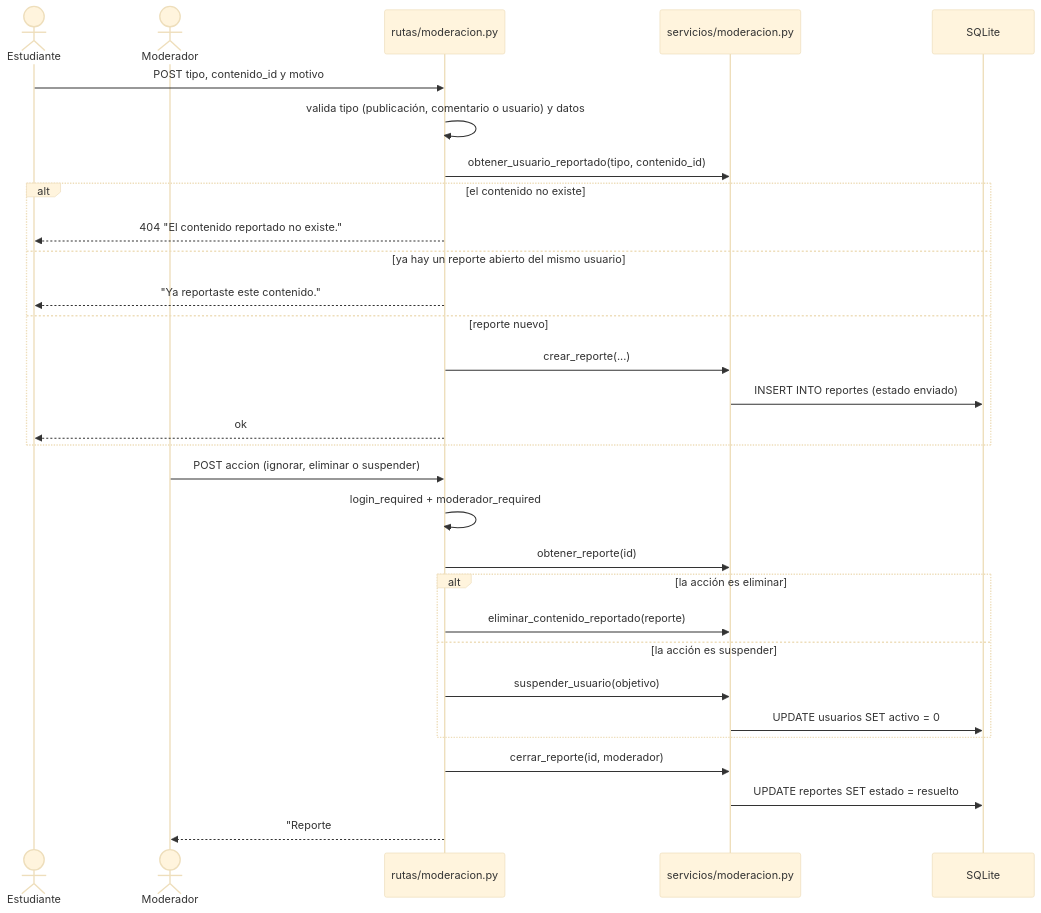
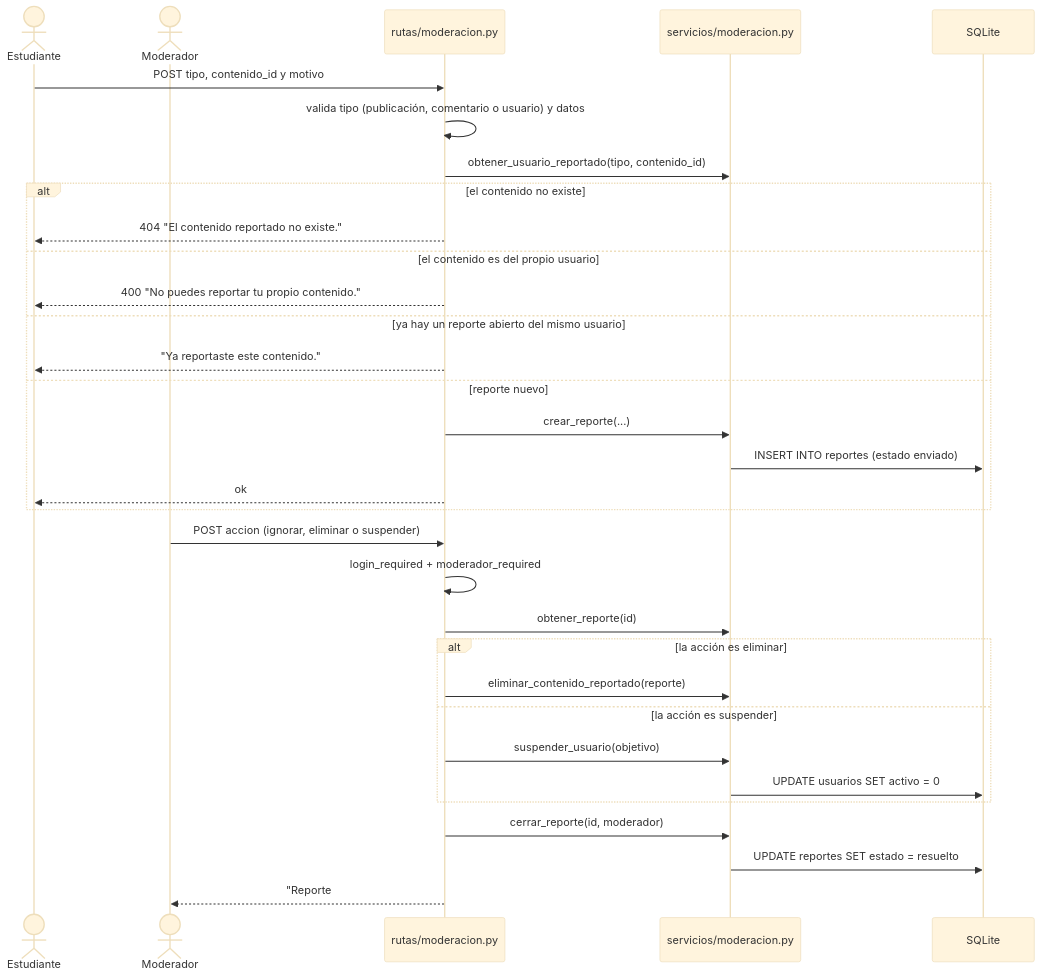
The second of 4 diagrams in docs/diagramas/secuencia.md (divis-smith/AGORA), drawn with Mermaid (base theme) before and after one commit. The commit also changed other lines of this file and 3 other files, not shown here.

Commit message:
docs(reportes): feature, diagrama y estado de RF-32 para reportar publicaciones (#6)

````diff
--- a/docs/diagramas/secuencia.md
+++ b/docs/diagramas/secuencia.md
@@ -35,34 +35,36 @@
 ```mermaid
 sequenceDiagram
     actor E as Estudiante
     actor M as Moderador
     participant R as rutas/moderacion.py
     participant S as servicios/moderacion.py
     participant DB as SQLite
 
     E->>R: POST tipo, contenido_id y motivo
     R->>R: valida tipo (publicación, comentario o usuario) y datos
     R->>S: obtener_usuario_reportado(tipo, contenido_id)
     alt el contenido no existe
         R-->>E: 404 "El contenido reportado no existe."
+    else el contenido es del propio usuario
+        R-->>E: 400 "No puedes reportar tu propio contenido."
     else ya hay un reporte abierto del mismo usuario
         R-->>E: "Ya reportaste este contenido."
     else reporte nuevo
         R->>S: crear_reporte(...)
         S->>DB: INSERT INTO reportes (estado enviado)
         R-->>E: ok
     end
 
     M->>R: POST accion (ignorar, eliminar o suspender)
     R->>R: login_required + moderador_required
     R->>S: obtener_reporte(id)
     alt la acción es eliminar
         R->>S: eliminar_contenido_reportado(reporte)
     else la acción es suspender
         R->>S: suspender_usuario(objetivo)
         S->>DB: UPDATE usuarios SET activo = 0
     end
     R->>S: cerrar_reporte(id, moderador)
     S->>DB: UPDATE reportes SET estado = resuelto
     R-->>M: "Reporte #N resuelto"
 ```
````
